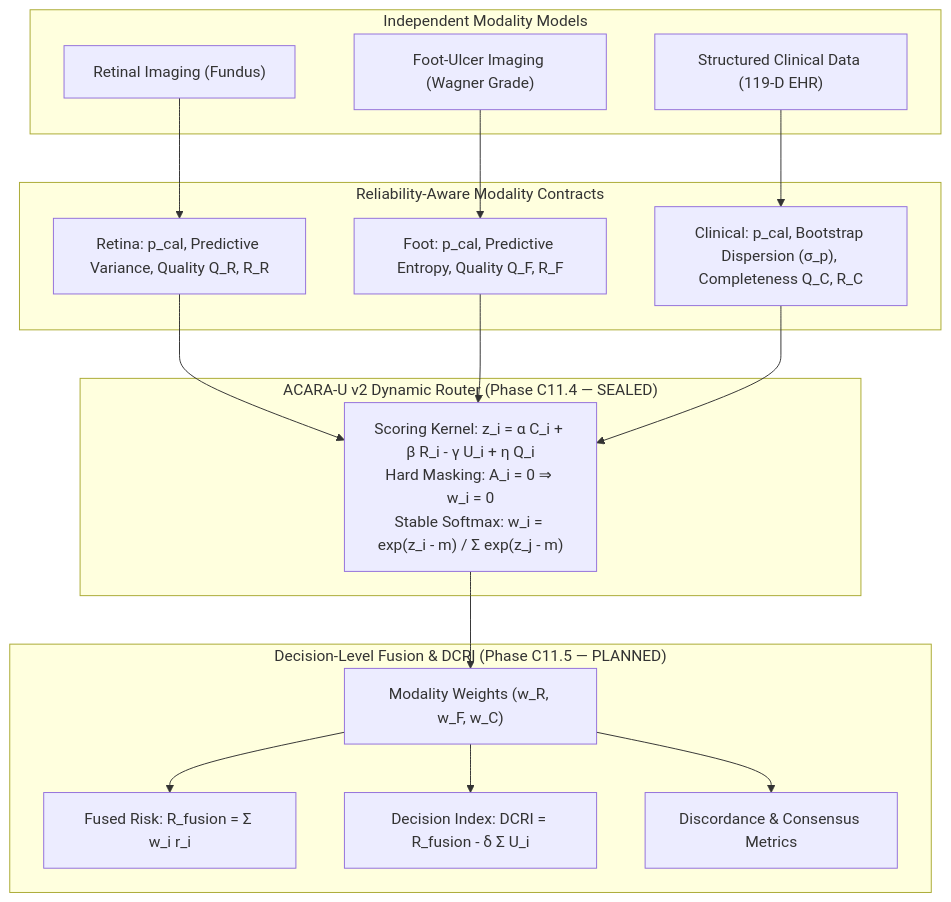
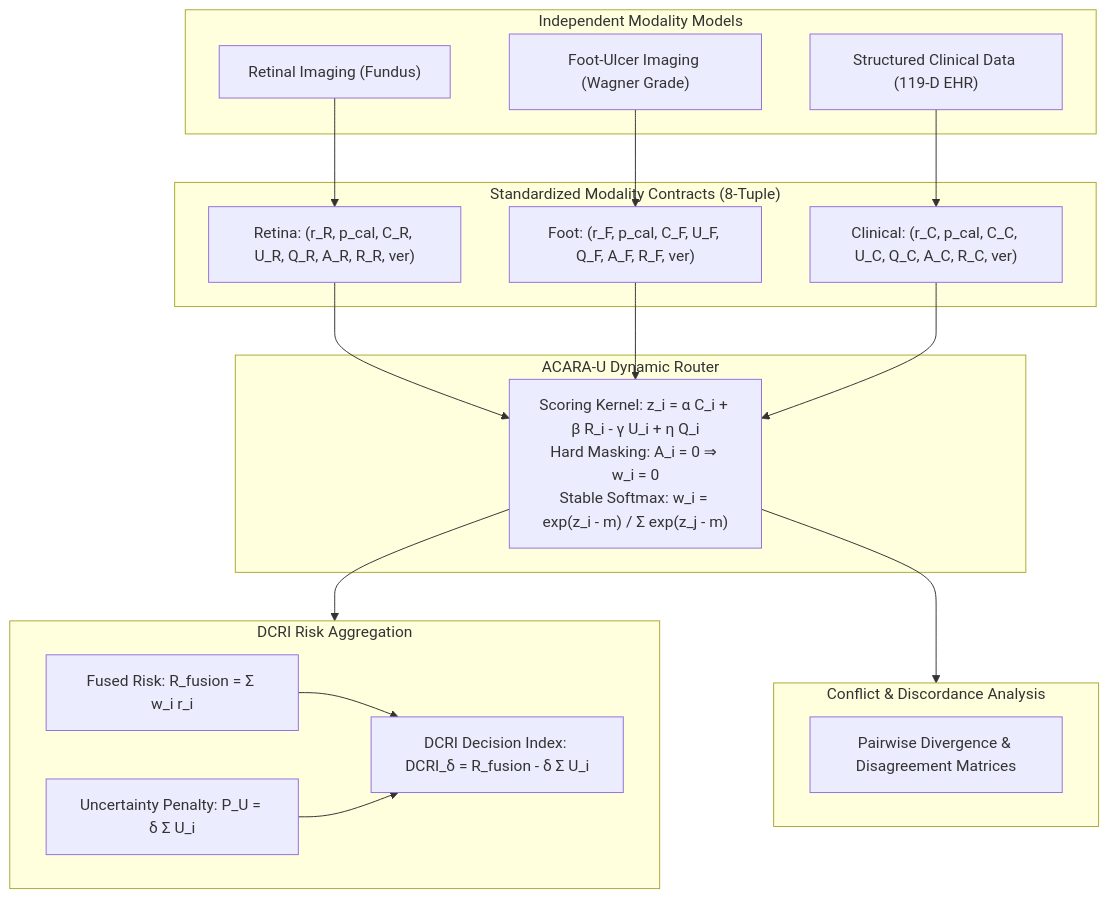
The first of 3 diagrams in README.md (Dr-Venom29/FusionMedAI), drawn with Mermaid before and after one commit. The commit also changed other lines of this file and 46 other files, not shown here.

Commit message:
feat(fusion): implement DCRI risk aggregation and uncertainty discounting

````diff
--- a/README.md
+++ b/README.md
@@ -17,34 +17,42 @@
 ```mermaid
 flowchart TD
     subgraph Modalities["Independent Modality Models"]
         R["Retinal Imaging (Fundus)"]
         F["Foot-Ulcer Imaging (Wagner Grade)"]
         C["Structured Clinical Data (119-D EHR)"]
     end
     
-    subgraph Outputs["Reliability-Aware Modality Contracts"]
-        RO["Retina: p_cal, Predictive Variance, Quality Q_R, R_R"]
-        FO["Foot: p_cal, Predictive Entropy, Quality Q_F, R_F"]
-        CO["Clinical: p_cal, Bootstrap Dispersion (σ_p), Completeness Q_C, R_C"]
+    subgraph Contracts["Standardized Modality Contracts (8-Tuple)"]
+        RO["Retina: (r_R, p_cal, C_R, U_R, Q_R, A_R, R_R, ver)"]
+        FO["Foot: (r_F, p_cal, C_F, U_F, Q_F, A_F, R_F, ver)"]
+        CO["Clinical: (r_C, p_cal, C_C, U_C, Q_C, A_C, R_C, ver)"]
     end
     
     R --> RO
     F --> FO
     C --> CO
     
-    subgraph RouterStage["ACARA-U v2 Dynamic Router (Phase C11.4 — SEALED)"]
+    subgraph RouterStage["ACARA-U Dynamic Router"]
         Router["Scoring Kernel: z_i = α C_i + β R_i - γ U_i + η Q_i<br/>Hard Masking: A_i = 0 ⇒ w_i = 0<br/>Stable Softmax: w_i = exp(z_i - m) / Σ exp(z_j - m)"]
     end
     
     RO --> Router
     FO --> Router
     CO --> Router
     
-    subgraph FusionStage["Decision-Level Fusion & DCRI (Phase C11.5 — PLANNED)"]
-        Weights["Modality Weights (w_R, w_F, w_C)"] --> Fused["Fused Risk: R_fusion = Σ w_i r_i"]
-        Weights --> DCRI["Decision Index: DCRI = R_fusion - δ Σ U_i"]
-        Weights --> Dis["Discordance & Consensus Metrics"]
+    subgraph DCRIStage["DCRI Risk Aggregation"]
+        Fused["Fused Risk: R_fusion = Σ w_i r_i"]
+        Penalty["Uncertainty Penalty: P_U = δ Σ U_i"]
+        DCRI["DCRI Decision Index: DCRI_δ = R_fusion - δ Σ U_i"]
+        Fused --> DCRI
+        Penalty --> DCRI
     end
     
-    Router --> Weights
+    Router --> DCRIStage
+    
+    subgraph ConflictStage["Conflict & Discordance Analysis"]
+        Conflict["Pairwise Divergence & Disagreement Matrices"]
+    end
+    
+    Router --> ConflictStage
 ```
````
